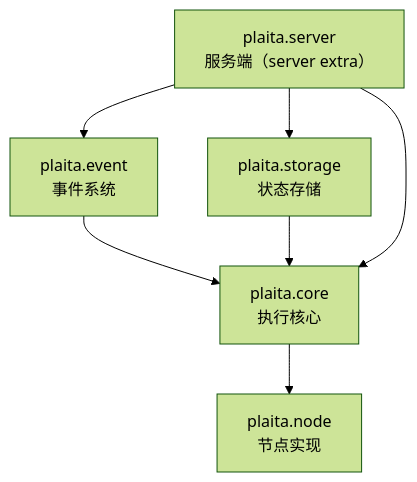
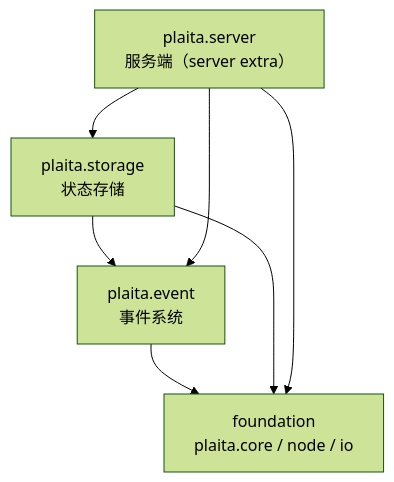
The diagram in docs-site/docs/architecture/layering.md (jeffkit/plaita), drawn with Mermaid (forest theme) before and after one commit. The commit also changed other lines of this file and 54 other files, not shown here.

First line of the commit message:
fix: harden 0.5.0 security defaults and close architecture review gaps

````diff
--- a/docs-site/docs/architecture/layering.md
+++ b/docs-site/docs/architecture/layering.md
@@ -7,15 +7,14 @@
 ```mermaid
 flowchart TD
-    Core["plaita.core<br/>执行核心"]
-    Node["plaita.node<br/>节点实现"]
+    Foundation["foundation<br/>plaita.core / node / io"]
     Event["plaita.event<br/>事件系统"]
     Storage["plaita.storage<br/>状态存储"]
     Server["plaita.server<br/>服务端（server extra）"]
 
-    Core --> Node
-    Event --> Core
-    Storage --> Core
-    Server --> Core
+    Event --> Foundation
+    Storage --> Foundation
+    Storage --> Event
+    Server --> Foundation
     Server --> Event
     Server --> Storage
 ```
````
